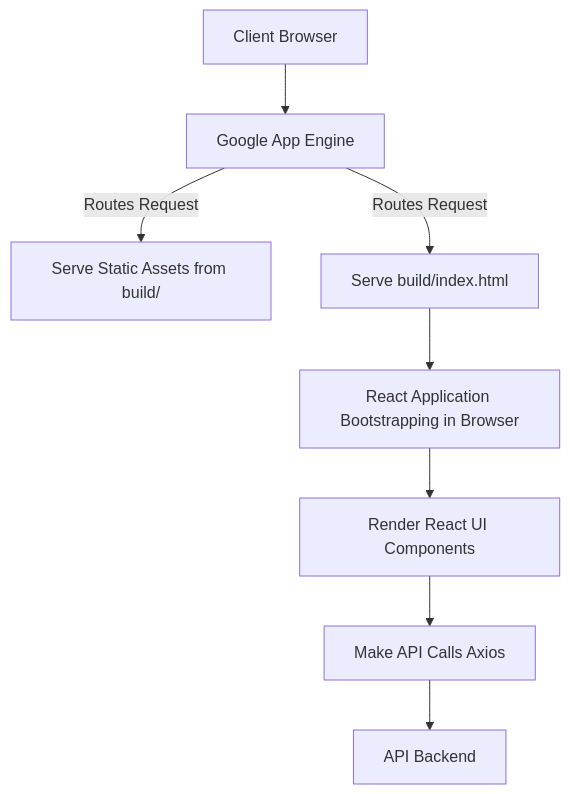
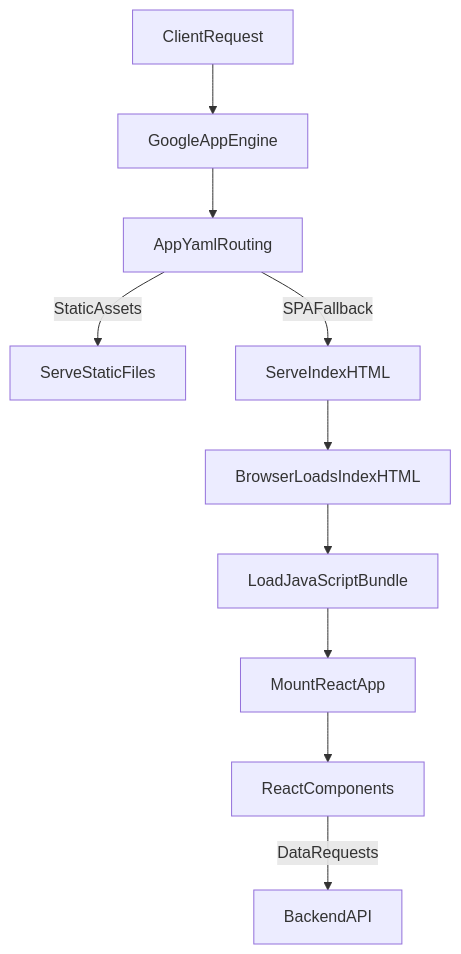
The diagram in docs/REPOSITORY_OVERVIEW.md (test-company-prowiz/maxify_frontend), drawn with Mermaid before and after one commit. The commit also changed other lines of this file, not shown here.

````diff
--- a/docs/REPOSITORY_OVERVIEW.md
+++ b/docs/REPOSITORY_OVERVIEW.md
@@ -70,10 +59,12 @@
 ```mermaid
 graph TD
-ClientBrowser[Client Browser] --> GoogleAppEngine[Google App Engine]
-GoogleAppEngine -- Routes Request --> ServeStaticAssets[Serve Static Assets from build/]
-GoogleAppEngine -- Routes Request --> ServeIndexHtml[Serve build/index.html]
-ServeIndexHtml --> ReactApplicationBootstrapping[React Application Bootstrapping in Browser]
-ReactApplicationBootstrapping --> RenderReactUi[Render React UI Components]
-RenderReactUi --> MakeApiCalls[Make API Calls Axios]
-MakeApiCalls --> BackendApi[API Backend]
+ClientRequest[ClientRequest] --> GoogleAppEngine[GoogleAppEngine]
+GoogleAppEngine --> AppYamlRouting[AppYamlRouting]
+AppYamlRouting -- StaticAssets --> ServeStaticFiles[ServeStaticFiles]
+AppYamlRouting -- SPAFallback --> ServeIndexHTML[ServeIndexHTML]
+ServeIndexHTML --> BrowserLoadsIndexHTML[BrowserLoadsIndexHTML]
+BrowserLoadsIndexHTML --> LoadJavaScriptBundle[LoadJavaScriptBundle]
+LoadJavaScriptBundle --> MountReactApp[MountReactApp]
+MountReactApp --> ReactComponents[ReactComponents]
+ReactComponents -- DataRequests --> BackendAPI[BackendAPI]
 ```
````
